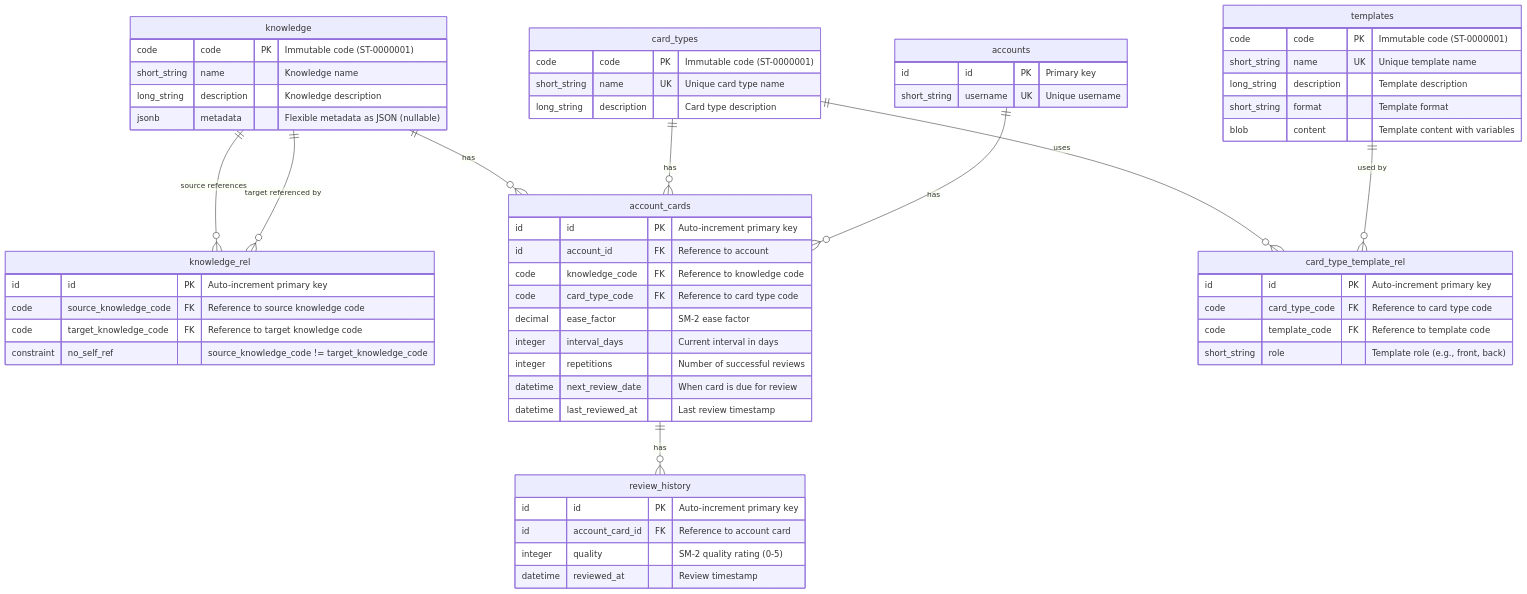
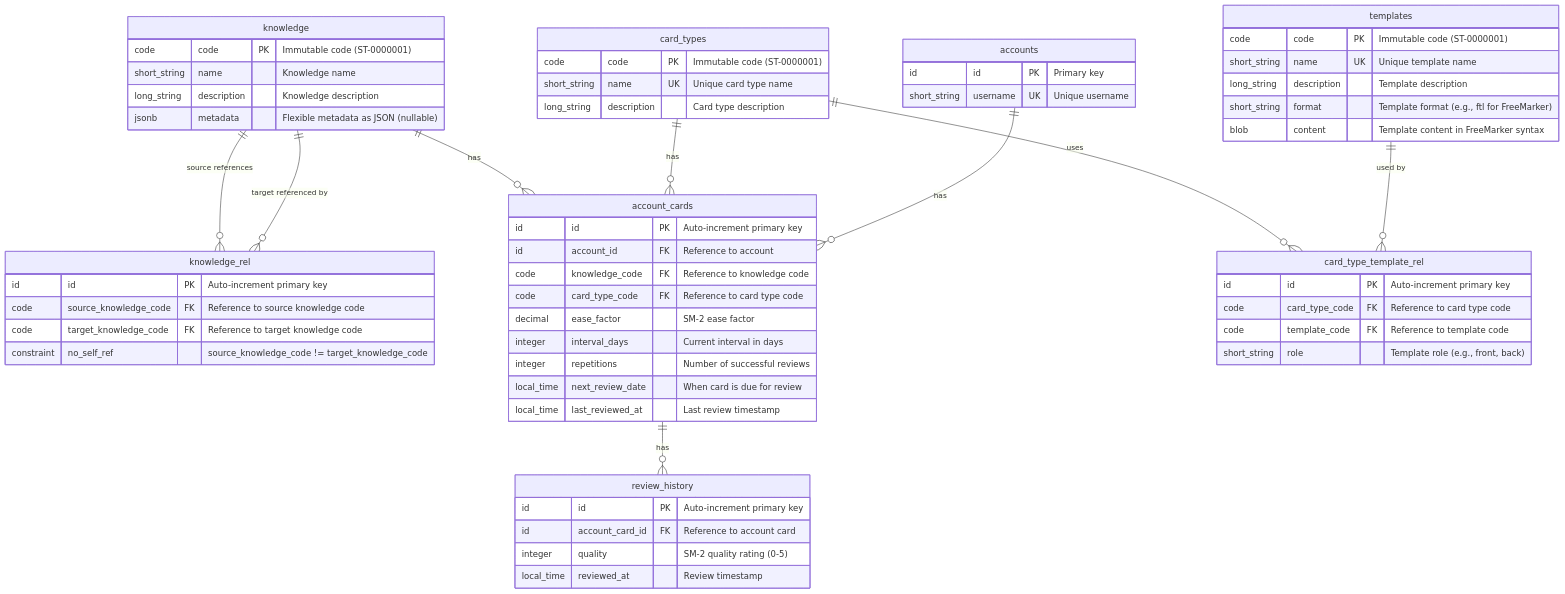
The first of 2 diagrams in ARCHITECTURE.md (miguoliang/english-learning), drawn with Mermaid before and after one commit. The commit also changed other lines of this file and 50 other files, not shown here.

````diff
--- a/ARCHITECTURE.md
+++ b/ARCHITECTURE.md
@@ -442,70 +443,70 @@
 ```mermaid
 erDiagram
     knowledge ||--o{ knowledge_rel : "source references"
     knowledge ||--o{ knowledge_rel : "target referenced by"
     knowledge ||--o{ account_cards : "has"
     card_types ||--o{ card_type_template_rel : "uses"
     templates ||--o{ card_type_template_rel : "used by"
     card_types ||--o{ account_cards : "has"
     accounts ||--o{ account_cards : "has"
     account_cards ||--o{ review_history : "has"
     
     knowledge {
         code code PK "Immutable code (ST-0000001)"
         short_string name "Knowledge name"
         long_string description "Knowledge description"
         jsonb metadata "Flexible metadata as JSON (nullable)"
     }
     
     knowledge_rel {
         id id PK "Auto-increment primary key"
         code source_knowledge_code FK "Reference to source knowledge code"
         code target_knowledge_code FK "Reference to target knowledge code"
         constraint no_self_ref "source_knowledge_code != target_knowledge_code"
     }
     
     templates {
         code code PK "Immutable code (ST-0000001)"
         short_string name UK "Unique template name"
         long_string description "Template description"
-        short_string format "Template format"
-        blob content "Template content with variables"
+        short_string format "Template format (e.g., ftl for FreeMarker)"
+        blob content "Template content in FreeMarker syntax"
     }
     
     card_types {
         code code PK "Immutable code (ST-0000001)"
         short_string name UK "Unique card type name"
         long_string description "Card type description"
     }
     
     card_type_template_rel {
         id id PK "Auto-increment primary key"
         code card_type_code FK "Reference to card type code"
         code template_code FK "Reference to template code"
         short_string role "Template role (e.g., front, back)"
     }
     
     accounts {
         id id PK "Primary key"
         short_string username UK "Unique username"
     }
     
     account_cards {
         id id PK "Auto-increment primary key"
         id account_id FK "Reference to account"
         code knowledge_code FK "Reference to knowledge code"
         code card_type_code FK "Reference to card type code"
         decimal ease_factor "SM-2 ease factor"
         integer interval_days "Current interval in days"
         integer repetitions "Number of successful reviews"
-        datetime next_review_date "When card is due for review"
-        datetime last_reviewed_at "Last review timestamp"
+        local_time next_review_date "When card is due for review"
+        local_time last_reviewed_at "Last review timestamp"
     }
     
     review_history {
         id id PK "Auto-increment primary key"
         id account_card_id FK "Reference to account card"
         integer quality "SM-2 quality rating (0-5)"
-        datetime reviewed_at "Review timestamp"
+        local_time reviewed_at "Review timestamp"
     }
 ```
````
